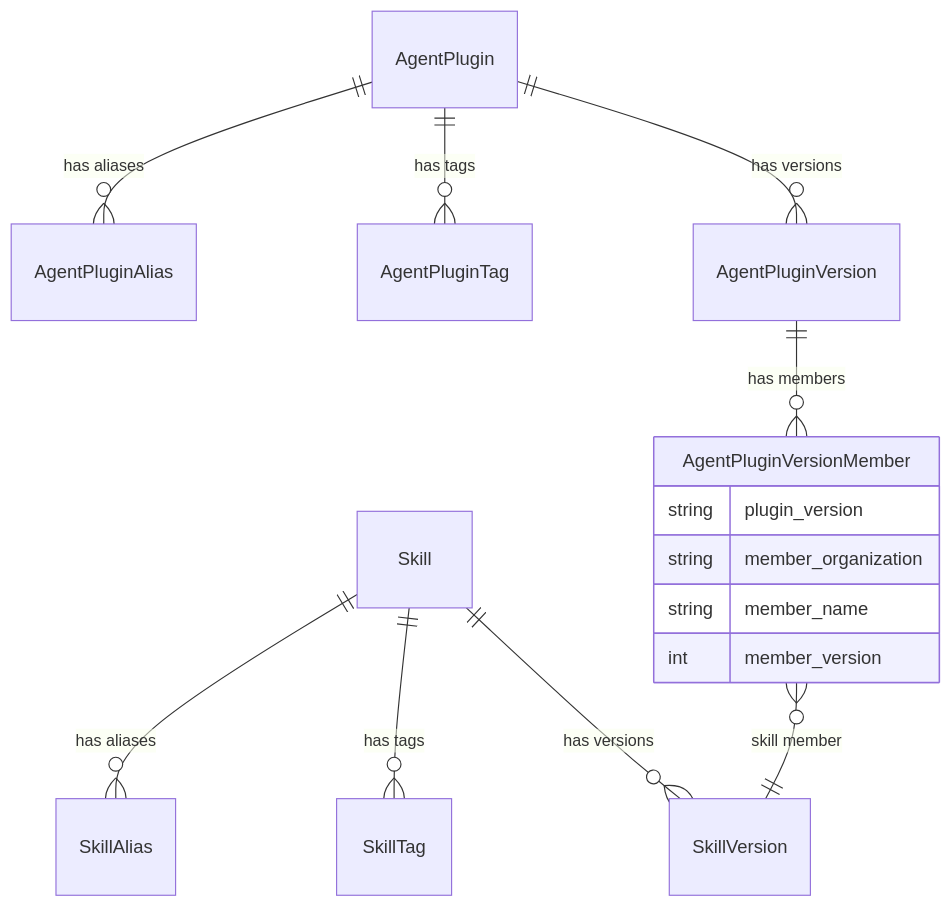
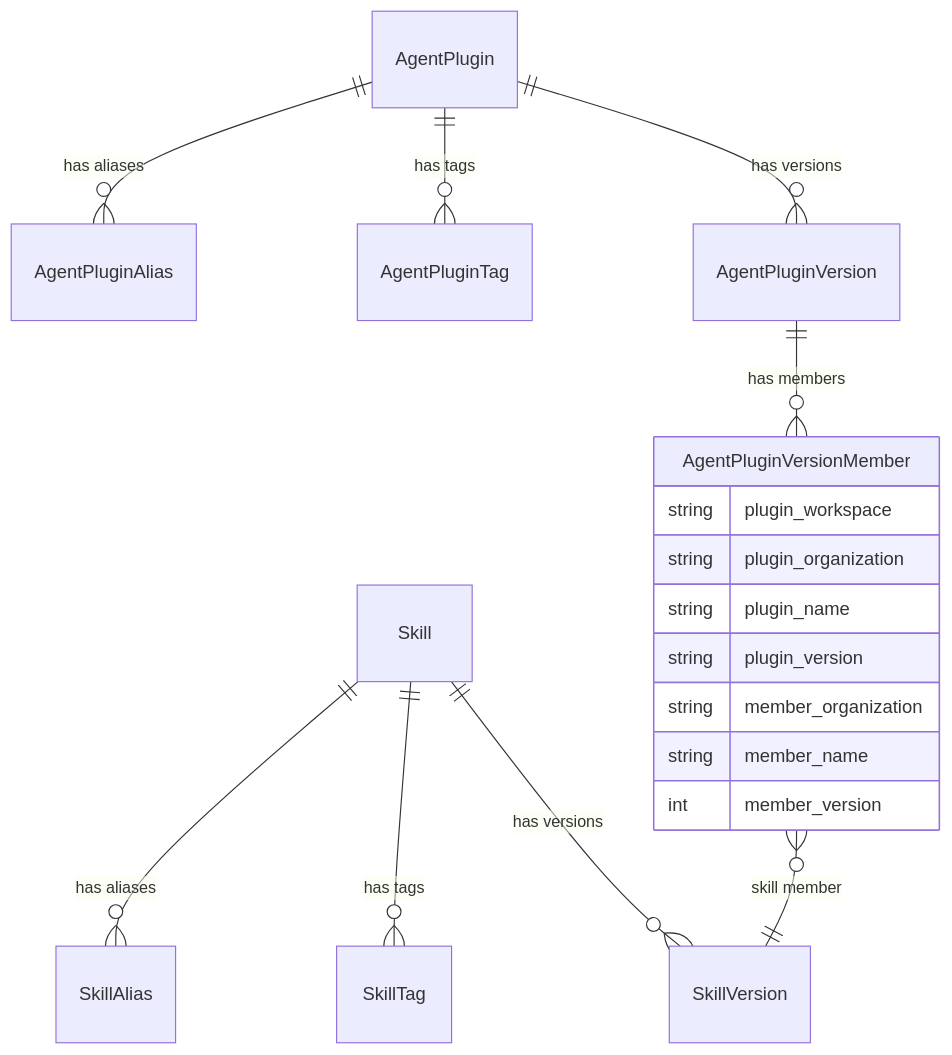
The first of 2 diagrams in rfcs/0008-mvp-skill-registry/0008-mvp-skill-registry.md (jwm4/rfcs), drawn with Mermaid before and after one commit. The commit also changed other lines of this file and 1 other file, not shown here.

````diff
--- a/rfcs/0008-mvp-skill-registry/0008-mvp-skill-registry.md
+++ b/rfcs/0008-mvp-skill-registry/0008-mvp-skill-registry.md
@@ -504,18 +504,21 @@
 ```mermaid
 erDiagram
 Skill ||--o{ SkillVersion : "has versions"
 Skill ||--o{ SkillTag : "has tags"
 Skill ||--o{ SkillAlias : "has aliases"
 AgentPlugin ||--o{ AgentPluginVersion : "has versions"
 AgentPlugin ||--o{ AgentPluginTag : "has tags"
 AgentPlugin ||--o{ AgentPluginAlias : "has aliases"
 AgentPluginVersion ||--o{ AgentPluginVersionMember : "has members"
 AgentPluginVersionMember }o--|| SkillVersion : "skill member"
 
 AgentPluginVersionMember {
+  string plugin_workspace
+  string plugin_organization
+  string plugin_name
   string plugin_version
   string member_organization
   string member_name
   int member_version
 }
 ```
````
